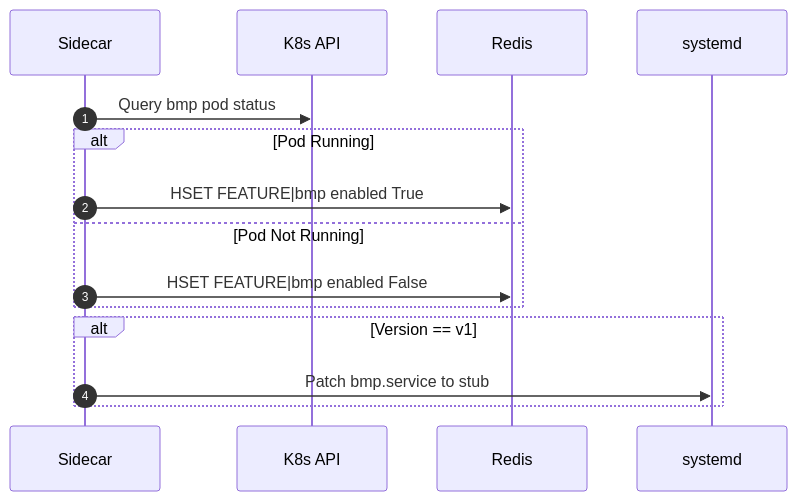
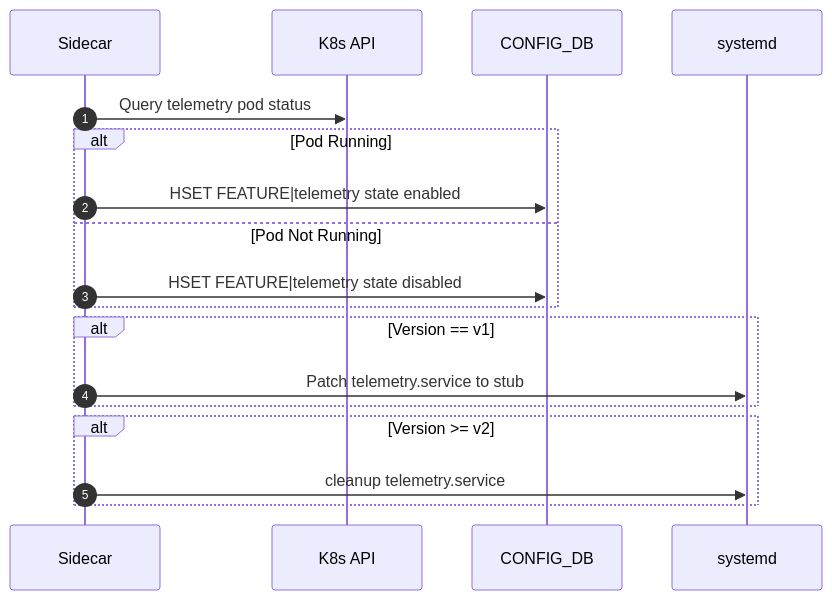
The diagram in doc/bmp/k8s_migration_design.md (sonic-net/SONiC), drawn with Mermaid before and after one commit. The commit also changed other lines of this file, not shown here.

````diff
--- a/doc/bmp/k8s_migration_design.md
+++ b/doc/bmp/k8s_migration_design.md
@@ -172,18 +175,21 @@
 ```mermaid
 sequenceDiagram
     autonumber
     participant Sidecar
     participant K8s API
-    participant Redis
+    participant CONFIG_DB
     participant systemd
 
-    Sidecar->>K8s API: Query bmp pod status
+    Sidecar->>K8s API: Query telemetry pod status
     alt Pod Running
-        Sidecar->>Redis: HSET FEATURE|bmp enabled True
+        Sidecar->>CONFIG_DB: HSET FEATURE|telemetry state enabled
     else Pod Not Running
-        Sidecar->>Redis: HSET FEATURE|bmp enabled False
+        Sidecar->>CONFIG_DB: HSET FEATURE|telemetry state disabled
     end
     alt Version == v1
-        Sidecar->>systemd: Patch bmp.service to stub
+        Sidecar->>systemd: Patch telemetry.service to stub
+    end
+    alt Version >= v2
+        Sidecar->>systemd: cleanup telemetry.service
     end
 ```
````
